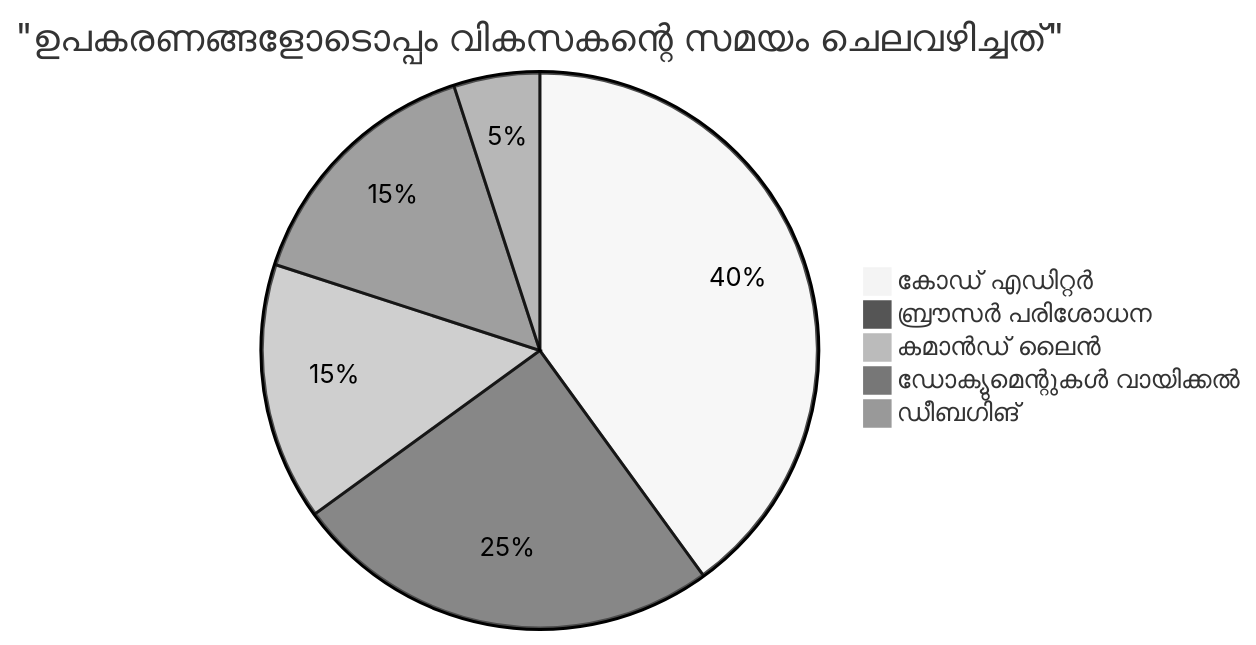
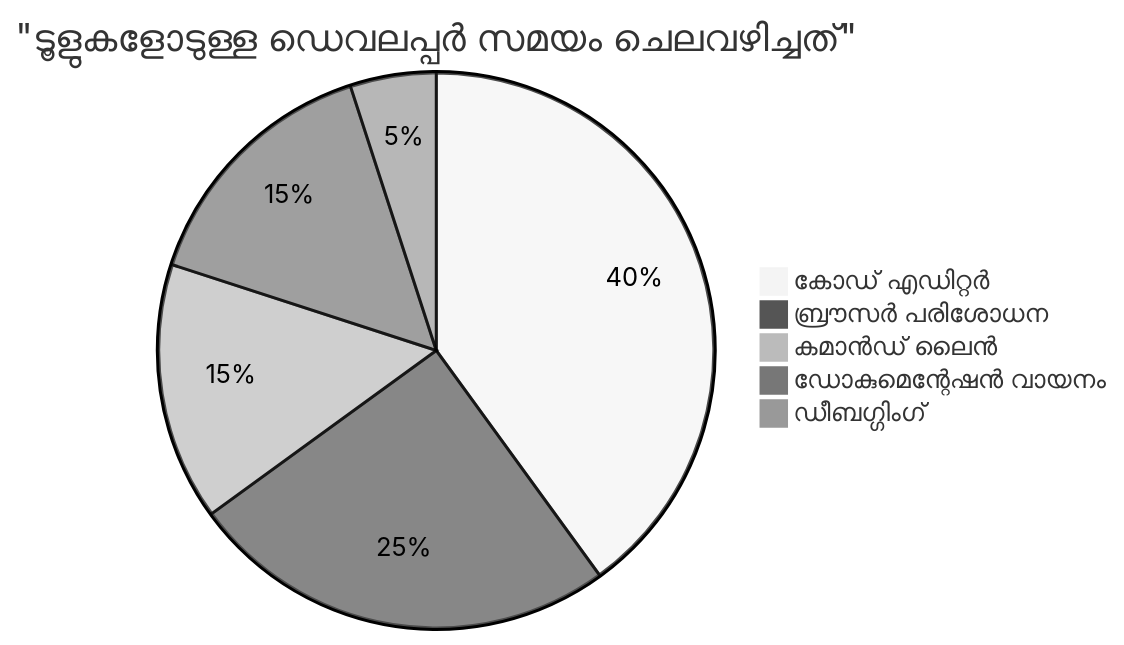
Before and after one commit to microsoft/Web-Dev-For-Beginners: the sixth of 7 diagrams in translations/ml/1-getting-started-lessons/1-intro-to-programming-languages/README.md, drawn with Mermaid (neutral theme). The commit also changed other lines of this file and 8 other files, not shown here.

````diff
--- a/translations/ml/1-getting-started-lessons/1-intro-to-programming-languages/README.md
+++ b/translations/ml/1-getting-started-lessons/1-intro-to-programming-languages/README.md
@@ -713,8 +712,8 @@
 ```mermaid
-pie title "ഉപകരണങ്ങളോടൊപ്പം വികസകന്റെ സമയം ചെലവഴിച്ചത്"
-    "കോഡ് എഡിറ്റർ" : 40
+pie title "ടൂളുകളോടുള്ള ഡെവലപ്പർ സമയം ചെലവഴിച്ചത്"
+    "കോഡ് എഡിറ്റർ" : 40
     "ബ്രൗസർ പരിശോധന" : 25
     "കമാൻഡ് ലൈൻ" : 15
-    "ഡോക്യുമെന്റുകൾ വായിക്കൽ" : 15
-    "ഡീബഗിങ്" : 5
+    "ഡോകുമെന്റേഷൻ വായനം" : 15
+    "ഡീബഗ്ഗിംഗ്" : 5
 ```
````
